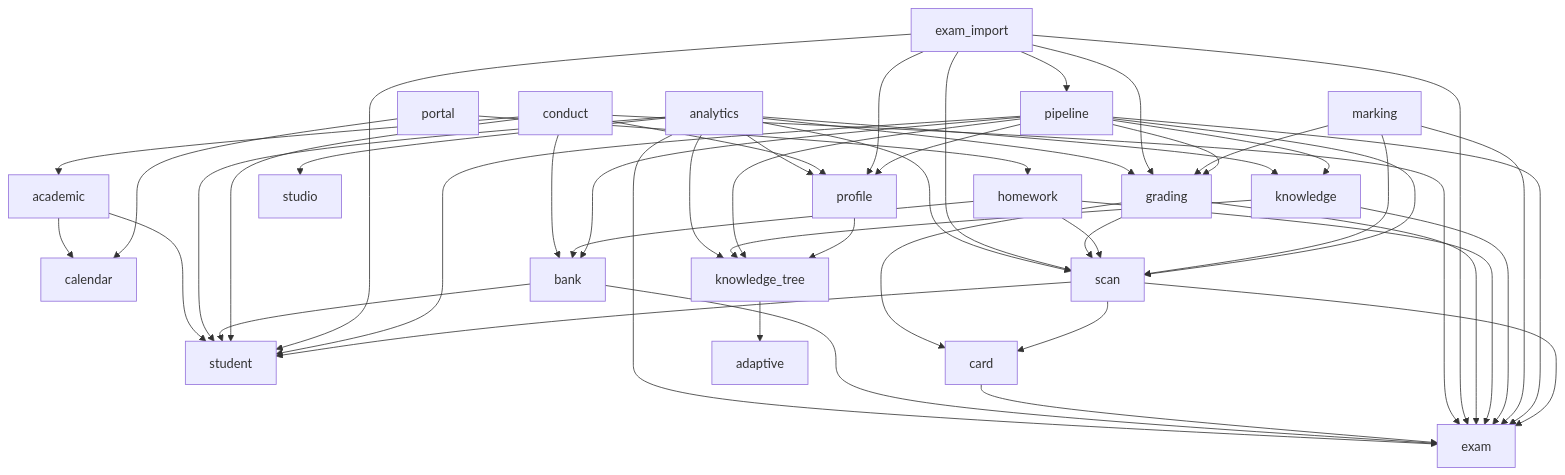
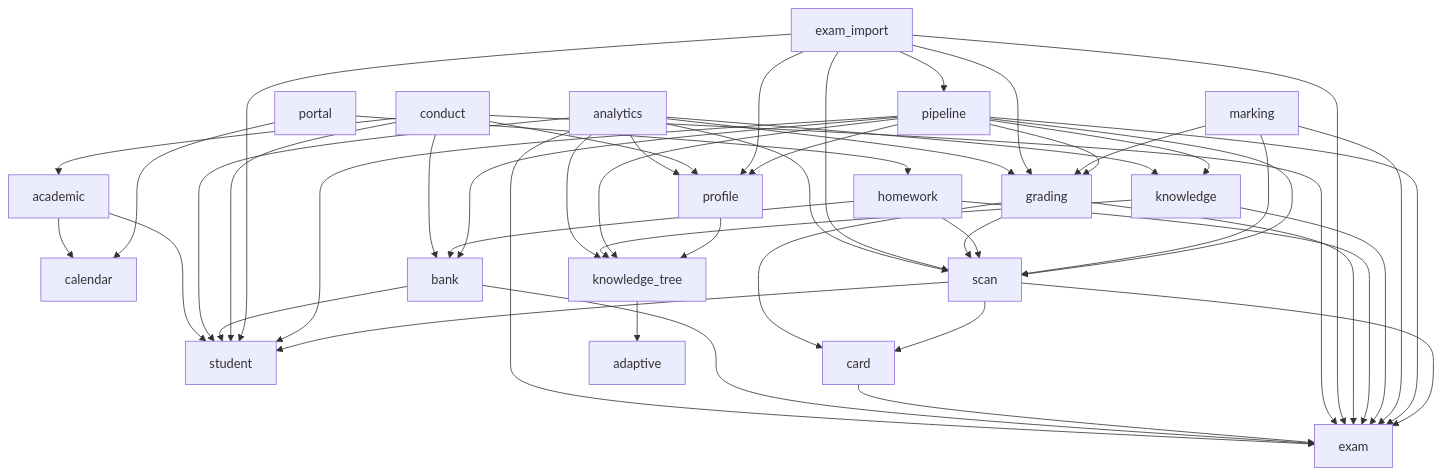
Before and after one commit to juanwan99/edu-cloud: the diagram in docs/governance/dependency-graph.md, drawn with Mermaid. The commit also changed 7 other files, not shown here.

Commit message:
refactor(analytics): cut studio report document dependency

````diff
--- a/docs/governance/dependency-graph.md
+++ b/docs/governance/dependency-graph.md
@@ -5,53 +5,52 @@
 ```mermaid
 flowchart TD
   academic --> calendar
   academic --> student
   analytics --> exam
   analytics --> scan
   analytics --> grading
   analytics --> student
   analytics --> knowledge
   analytics --> knowledge_tree
   analytics --> profile
-  analytics --> studio
   bank --> exam
   bank --> student
   card --> exam
   conduct --> academic
   conduct --> bank
   conduct --> exam
   conduct --> profile
   conduct --> student
   exam_import --> exam
   exam_import --> grading
   exam_import --> pipeline
   exam_import --> profile
   exam_import --> scan
   exam_import --> student
   grading --> card
   grading --> exam
   grading --> scan
   homework --> exam
   homework --> scan
   homework --> bank
   knowledge --> exam
   knowledge --> knowledge_tree
   knowledge_tree --> adaptive
   marking --> exam
   marking --> scan
   marking --> grading
   pipeline --> bank
   pipeline --> exam
   pipeline --> grading
   pipeline --> knowledge
   pipeline --> knowledge_tree
   pipeline --> profile
   pipeline --> scan
   pipeline --> student
   portal --> calendar
   portal --> homework
   profile --> knowledge_tree
   scan --> exam
   scan --> card
   scan --> student
 ```
````
